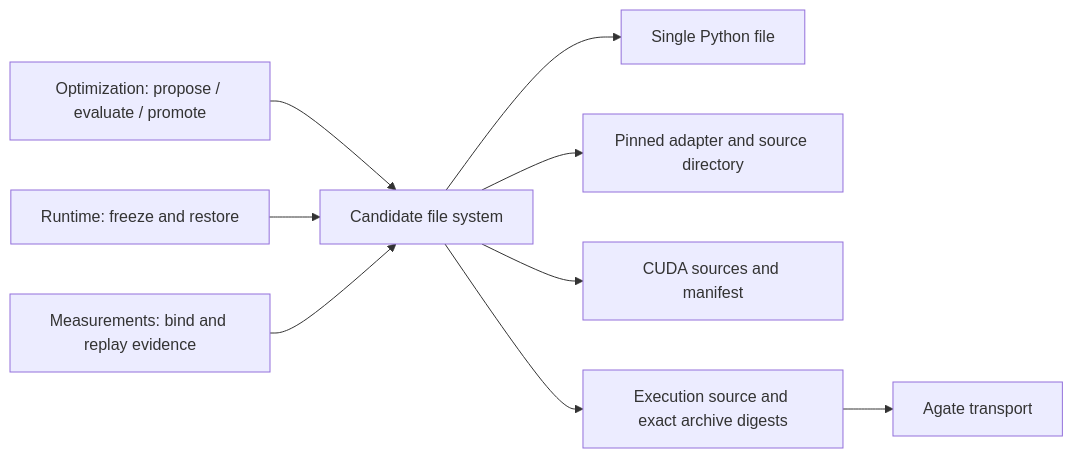
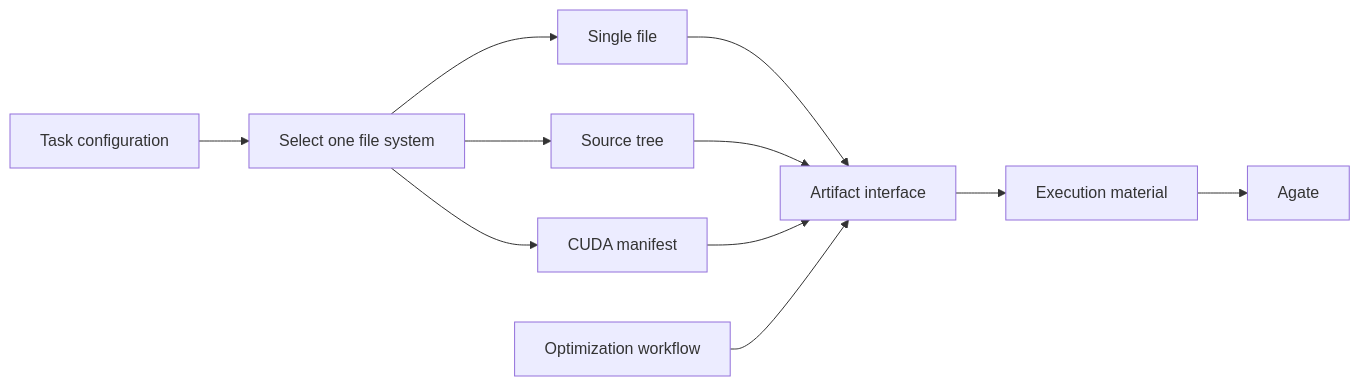
The diagram in docs/native-cuda.md (alibaba/atrex-kernel-agent), drawn with Mermaid before and after one commit. The commit also changed other lines of this file and 14 other files, not shown here.

Commit message:
refactor(light): select independent candidate file systems per task

````diff
--- a/docs/native-cuda.md
+++ b/docs/native-cuda.md
@@ -42,11 +81,13 @@
 ```mermaid
 flowchart LR
-    W[Optimization: propose / evaluate / promote] --> F[Candidate file system]
-    R[Runtime: freeze and restore] --> F
-    M[Measurements: bind and replay evidence] --> F
-    F --> P[Single Python file]
-    F --> T[Pinned adapter and source directory]
-    F --> C[CUDA sources and manifest]
-    F --> E[Execution source and exact archive digests]
-    E --> G[Agate transport]
+    C[Task configuration] --> R[Select one file system]
+    R --> P[Single file]
+    R --> T[Source tree]
+    R --> N[CUDA manifest]
+    P --> A[Artifact interface]
+    T --> A
+    N --> A
+    W[Optimization workflow] --> A
+    A --> E[Execution material]
+    E --> G[Agate]
 ```
````
